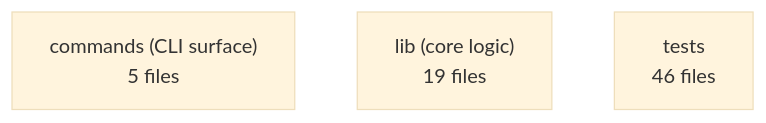
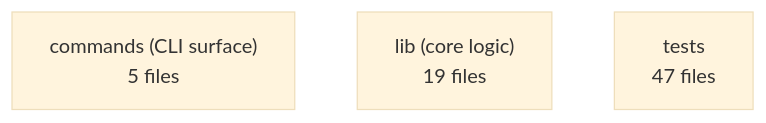
The diagram in context/map/repo-map.md (przeprogramowani/10x-cli), drawn with Mermaid (base theme) before and after one commit. The commit also changed other lines of this file and 11 other files, not shown here.

````diff
--- a/context/map/repo-map.md
+++ b/context/map/repo-map.md
@@ -18,6 +18,6 @@
 ```mermaid
 graph TD
   commands["commands (CLI surface)<br/>5 files"]
   lib["lib (core logic)<br/>19 files"]
-  tests["tests<br/>46 files"]
+  tests["tests<br/>47 files"]
 ```
````
